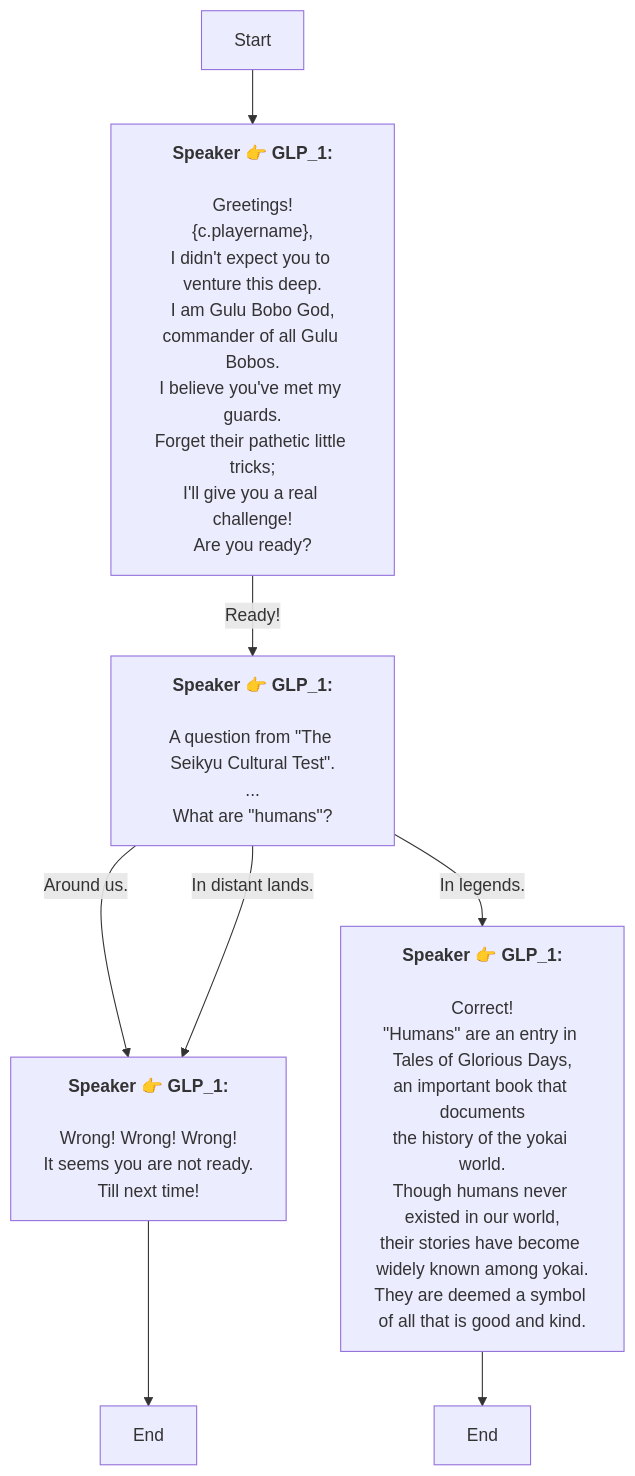
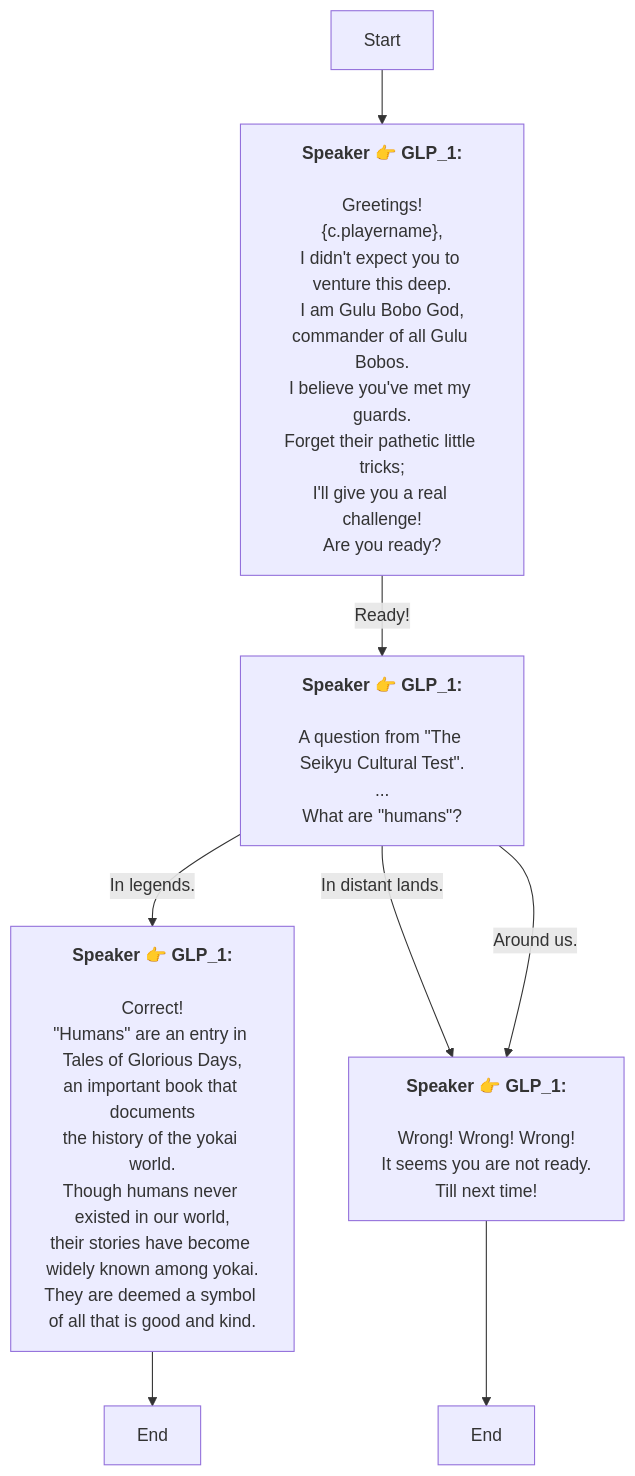
Before and after one commit to SoftHu/tos_avg: the diagram in En/4_4_1_gaming.md, drawn with Mermaid. The commit also changed other lines of this file and 780 other files, not shown here.

````diff
--- a/En/4_4_1_gaming.md
+++ b/En/4_4_1_gaming.md
@@ -1,30 +1,30 @@
 ```mermaid
 graph
 Start -->1759525374602824[<b>Speaker 👉 GLP_1:</b>
 \nGreetings!
 &lbrace;c.playername&rbrace;,
 I didn't expect you to venture this deep.\nI am Gulu Bobo God,
 commander of all Gulu Bobos.
 I believe you've met my guards.\nForget their pathetic little tricks;
 I'll give you a real challenge!
 Are you ready?]
 1759525374602824 -->|Ready!|1759525703176780[<b>Speaker 👉 GLP_1:</b>
 \nA question from &quot;The Seikyu Cultural Test&quot;.
 ...
 What are &quot;humans&quot;?]
-1759525703176780 -->|Around us.|1759525952616021[<b>Speaker 👉 GLP_1:</b>
-\nWrong! Wrong! Wrong!\nIt seems you are not ready.
-Till next time!]
-1759525703176780 -->|In distant lands.|1759525952616021[<b>Speaker 👉 GLP_1:</b>
-\nWrong! Wrong! Wrong!\nIt seems you are not ready.
-Till next time!]
 1759525703176780 -->|In legends.|1759526024569432[<b>Speaker 👉 GLP_1:</b>
 \nCorrect!\n&quot;Humans&quot; are an entry in Tales of Glorious Days,
 an important book that documents
 the history of the yokai world.\nThough humans never existed in our world,
 their stories have become widely known among yokai.
 They are deemed a symbol of all that is good and kind.]
+1759525703176780 -->|In distant lands.|1759525952616021[<b>Speaker 👉 GLP_1:</b>
+\nWrong! Wrong! Wrong!\nIt seems you are not ready.
+Till next time!]
+1759525703176780 -->|Around us.|1759525952616021[<b>Speaker 👉 GLP_1:</b>
+\nWrong! Wrong! Wrong!\nIt seems you are not ready.
+Till next time!]
 1759525952616021 -->1759526013052502[End]
 1759526024569432 -->1759526016419415[End]
 
 ```
````
